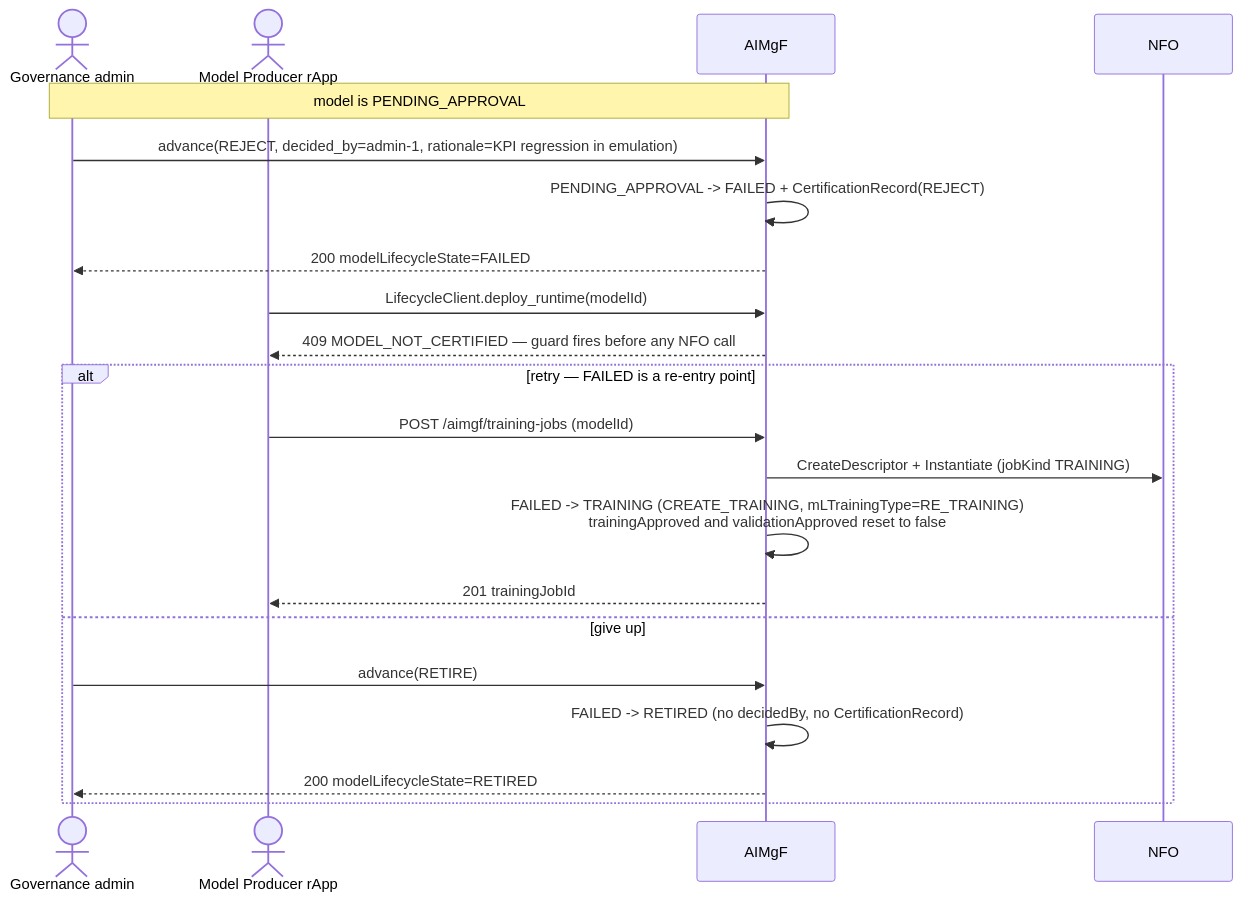
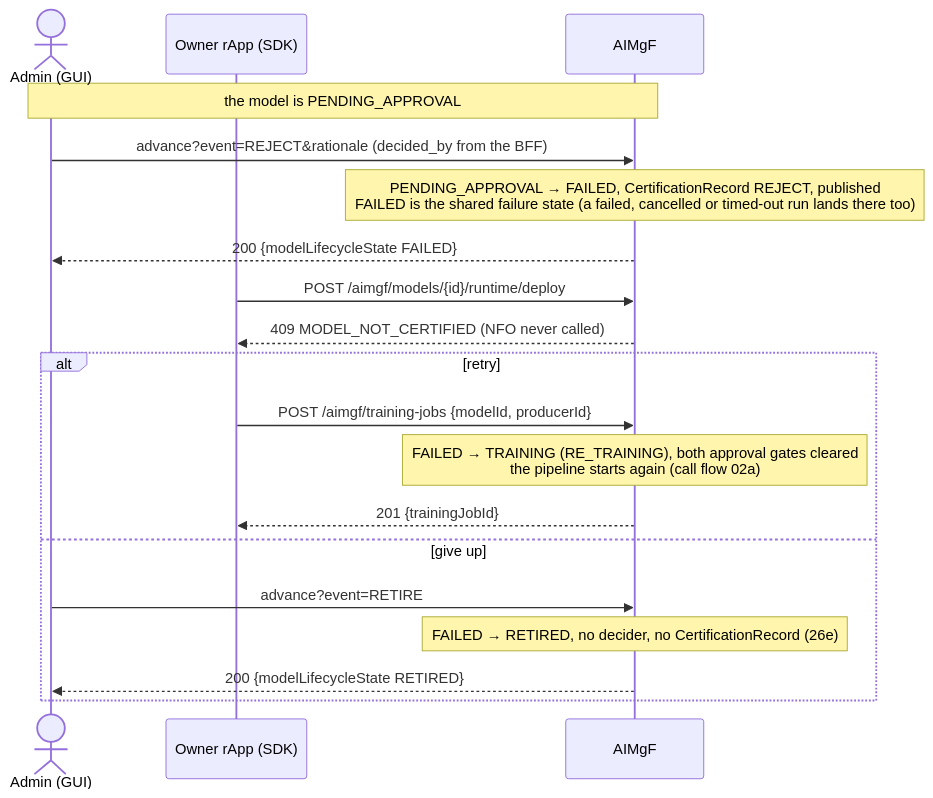
One commit to rsys-bshankar/ai-ran-smo changed the second of 5 diagrams in smo/docs/call-flows/26-model-governance-and-end-of-life.md. Above: the diagram before and after it, drawn with Mermaid. The commit also changed other lines of this file and 27 other files, not shown here.

First line of the commit message:
Call flow 26 rewritten: decider recorded, model lifecycle events, serving model not deletable (DOC-CF-1.7)

````diff
--- a/smo/docs/call-flows/26-model-governance-and-end-of-life.md
+++ b/smo/docs/call-flows/26-model-governance-and-end-of-life.md
@@ -130,26 +96,24 @@
 ```mermaid
 sequenceDiagram
-    actor Admin as Governance admin
-    actor Producer as Model Producer rApp
-    participant AIMgF as AIMgF
-    participant NFO as NFO
+    actor Ad as Admin (GUI)
+    participant R as Owner rApp (SDK)
+    participant AIM as AIMgF
 
-    Note over Admin,AIMgF: model is PENDING_APPROVAL
-    Admin->>AIMgF: advance(REJECT, decided_by=admin-1, rationale=KPI regression in emulation)
-    AIMgF->>AIMgF: PENDING_APPROVAL -> FAILED + CertificationRecord(REJECT)
-    AIMgF-->>Admin: 200 modelLifecycleState=FAILED
+    Note over Ad,AIM: the model is PENDING_APPROVAL
+    Ad->>AIM: advance?event=REJECT&rationale (decided_by from the BFF)
+    Note over AIM: PENDING_APPROVAL → FAILED, CertificationRecord REJECT, published<br/>FAILED is the shared failure state (a failed, cancelled or timed-out run lands there too)
+    AIM-->>Ad: 200 {modelLifecycleState FAILED}
 
-    Producer->>AIMgF: LifecycleClient.deploy_runtime(modelId)
-    AIMgF-->>Producer: 409 MODEL_NOT_CERTIFIED — guard fires before any NFO call
+    R->>AIM: POST /aimgf/models/{id}/runtime/deploy
+    AIM-->>R: 409 MODEL_NOT_CERTIFIED (NFO never called)
 
-    alt retry — FAILED is a re-entry point
-        Producer->>AIMgF: POST /aimgf/training-jobs (modelId)
-        AIMgF->>NFO: CreateDescriptor + Instantiate (jobKind TRAINING)
-        AIMgF->>AIMgF: FAILED -> TRAINING (CREATE_TRAINING, mLTrainingType=RE_TRAINING)<br/>trainingApproved and validationApproved reset to false
-        AIMgF-->>Producer: 201 trainingJobId
+    alt retry
+        R->>AIM: POST /aimgf/training-jobs {modelId, producerId}
+        Note over AIM: FAILED → TRAINING (RE_TRAINING), both approval gates cleared<br/>the pipeline starts again (call flow 02a)
+        AIM-->>R: 201 {trainingJobId}
     else give up
-        Admin->>AIMgF: advance(RETIRE)
-        AIMgF->>AIMgF: FAILED -> RETIRED (no decidedBy, no CertificationRecord)
-        AIMgF-->>Admin: 200 modelLifecycleState=RETIRED
+        Ad->>AIM: advance?event=RETIRE
+        Note over AIM: FAILED → RETIRED, no decider, no CertificationRecord (26e)
+        AIM-->>Ad: 200 {modelLifecycleState RETIRED}
     end
 ```
````
